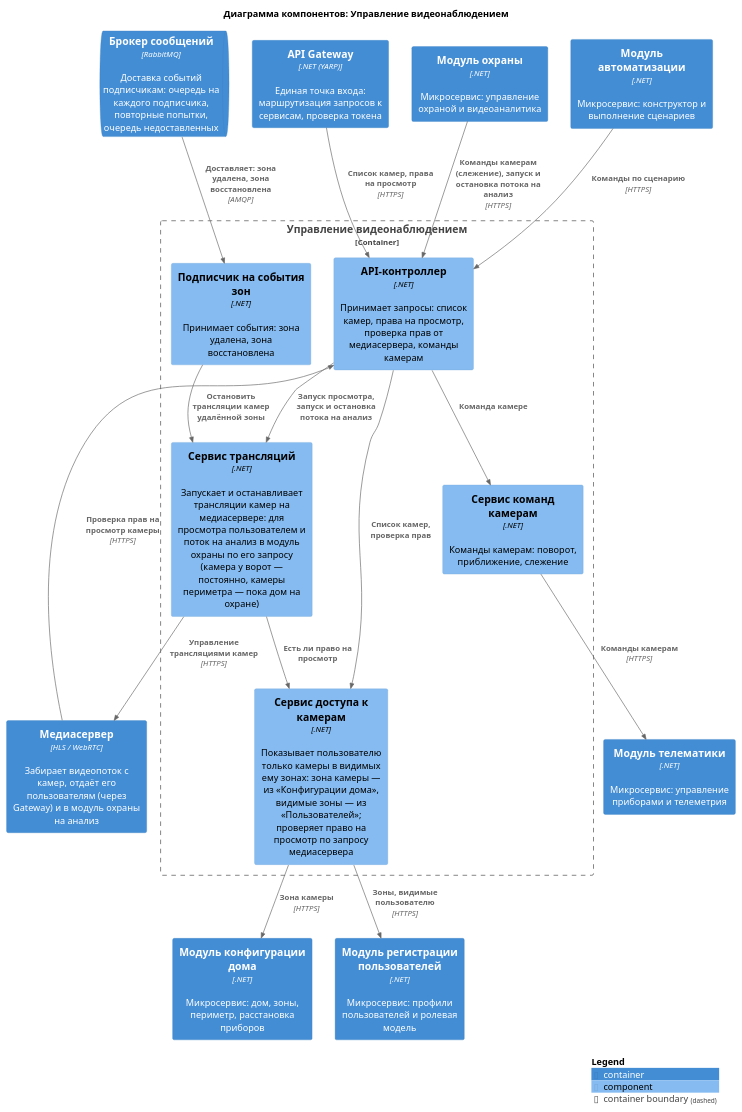
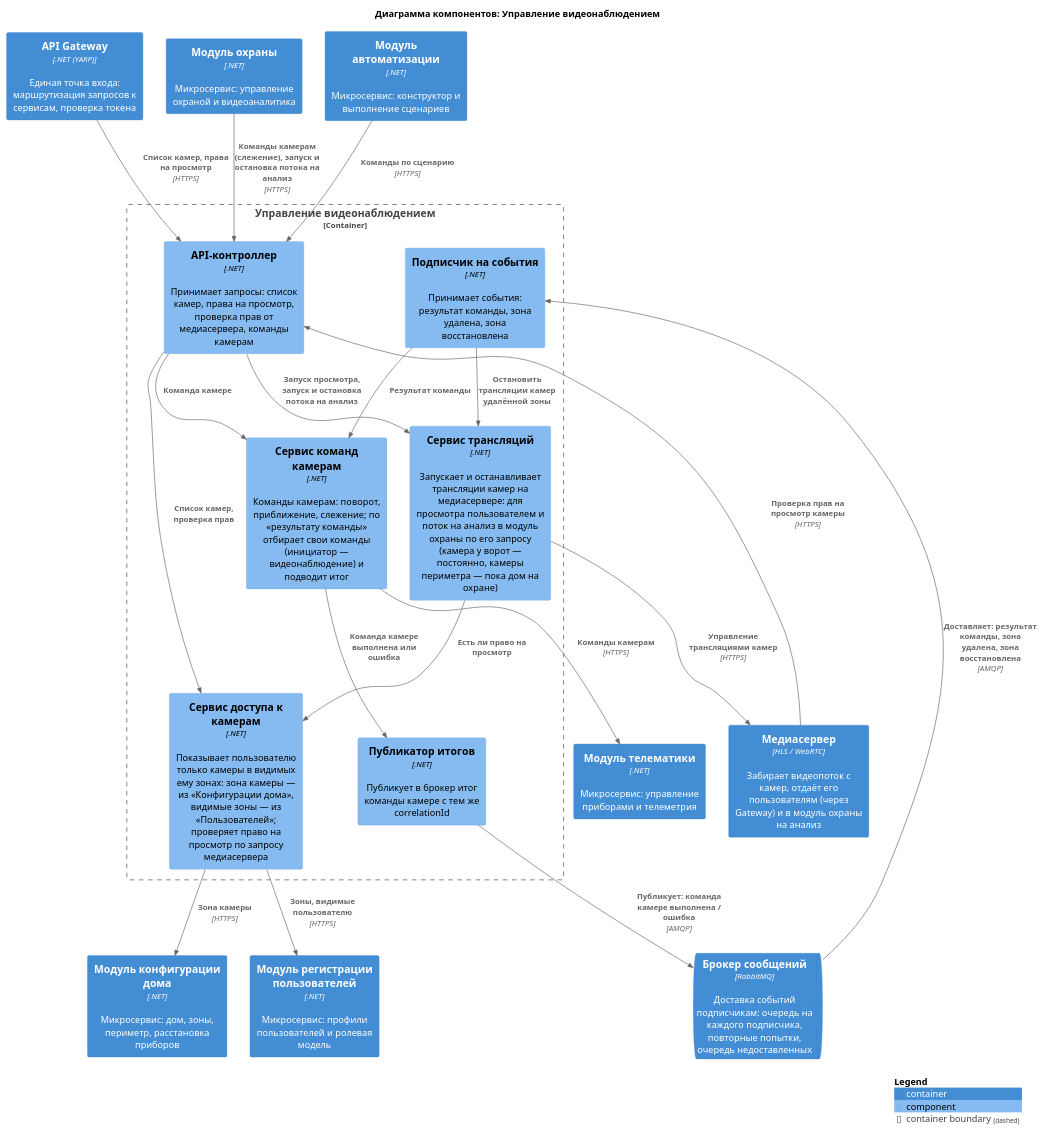
The diagram in diagrams/components/video-control.puml (Lyamin-av/architecture-warmhouse), drawn with PlantUML before and after one commit. The commit also changed 35 other files, not shown here.

Commit message:
Диаграммы Задания 2 по решениям Задания 4: результат команды, итоговые события сервисов, correlationId, журнал команд, категория и вид прибора, SetModeAsync с температурой

```diff
--- a/diagrams/components/video-control.puml
+++ b/diagrams/components/video-control.puml
@@ -1,42 +1,46 @@
 @startuml video-control
 !include <C4/C4_Component>
 
 title Диаграмма компонентов: Управление видеонаблюдением
 
 Container(Gateway, "API Gateway", ".NET (YARP)", "Единая точка входа: маршрутизация запросов к сервисам, проверка токена")
 Container(MediaServer, "Медиасервер", "HLS / WebRTC", "Забирает видеопоток с камер, отдаёт его пользователям (через Gateway) и в модуль охраны на анализ")
 Container(Security, "Модуль охраны", ".NET", "Микросервис: управление охраной и видеоаналитика")
 Container(Automation, "Модуль автоматизации", ".NET", "Микросервис: конструктор и выполнение сценариев")
 Container(HouseConfigurator, "Модуль конфигурации дома", ".NET", "Микросервис: дом, зоны, периметр, расстановка приборов")
 Container(Users, "Модуль регистрации пользователей", ".NET", "Микросервис: профили пользователей и ролевая модель")
 Container(Telematics, "Модуль телематики", ".NET", "Микросервис: управление приборами и телеметрия")
 ContainerQueue(Broker, "Брокер сообщений", "RabbitMQ", "Доставка событий подписчикам: очередь на каждого подписчика, повторные попытки, очередь недоставленных")
 
 Container_Boundary(VideoControl, "Управление видеонаблюдением") {
     Component(api, "API-контроллер", ".NET", "Принимает запросы: список камер, права на просмотр, проверка прав от медиасервера, команды камерам")
     Component(access, "Сервис доступа к камерам", ".NET", "Показывает пользователю только камеры в видимых ему зонах: зона камеры — из «Конфигурации дома», видимые зоны — из «Пользователей»; проверяет право на просмотр по запросу медиасервера")
     Component(streams, "Сервис трансляций", ".NET", "Запускает и останавливает трансляции камер на медиасервере: для просмотра пользователем и поток на анализ в модуль охраны по его запросу (камера у ворот — постоянно, камеры периметра — пока дом на охране)")
-    Component(commands, "Сервис команд камерам", ".NET", "Команды камерам: поворот, приближение, слежение")
-    Component(subscriber, "Подписчик на события зон", ".NET", "Принимает события: зона удалена, зона восстановлена")
+    Component(commands, "Сервис команд камерам", ".NET", "Команды камерам: поворот, приближение, слежение; по «результату команды» отбирает свои команды (инициатор — видеонаблюдение) и подводит итог")
+    Component(subscriber, "Подписчик на события", ".NET", "Принимает события: результат команды, зона удалена, зона восстановлена")
+    Component(publisher, "Публикатор итогов", ".NET", "Публикует в брокер итог команды камере с тем же correlationId")
 }
 
 Rel(Gateway, api, "Список камер, права на просмотр", "HTTPS")
 Rel(MediaServer, api, "Проверка прав на просмотр камеры", "HTTPS")
 Rel(Security, api, "Команды камерам (слежение), запуск и остановка потока на анализ", "HTTPS")
 Rel(Automation, api, "Команды по сценарию", "HTTPS")
-Rel(Broker, subscriber, "Доставляет: зона удалена, зона восстановлена", "AMQP")
+Rel(Broker, subscriber, "Доставляет: результат команды, зона удалена, зона восстановлена", "AMQP")
 
 Rel(api, access, "Список камер, проверка прав")
 Rel(api, streams, "Запуск просмотра, запуск и остановка потока на анализ")
 Rel(api, commands, "Команда камере")
 Rel(streams, access, "Есть ли право на просмотр")
 Rel(subscriber, streams, "Остановить трансляции камер удалённой зоны")
+Rel(subscriber, commands, "Результат команды")
+Rel(commands, publisher, "Команда камере выполнена или ошибка")
+Rel(publisher, Broker, "Публикует: команда камере выполнена / ошибка", "AMQP")
 
 Rel(access, HouseConfigurator, "Зона камеры", "HTTPS")
 Rel(access, Users, "Зоны, видимые пользователю", "HTTPS")
 Rel(streams, MediaServer, "Управление трансляциями камер", "HTTPS")
 Rel(commands, Telematics, "Команды камерам", "HTTPS")
 
 
 SHOW_LEGEND()
 @enduml
```
